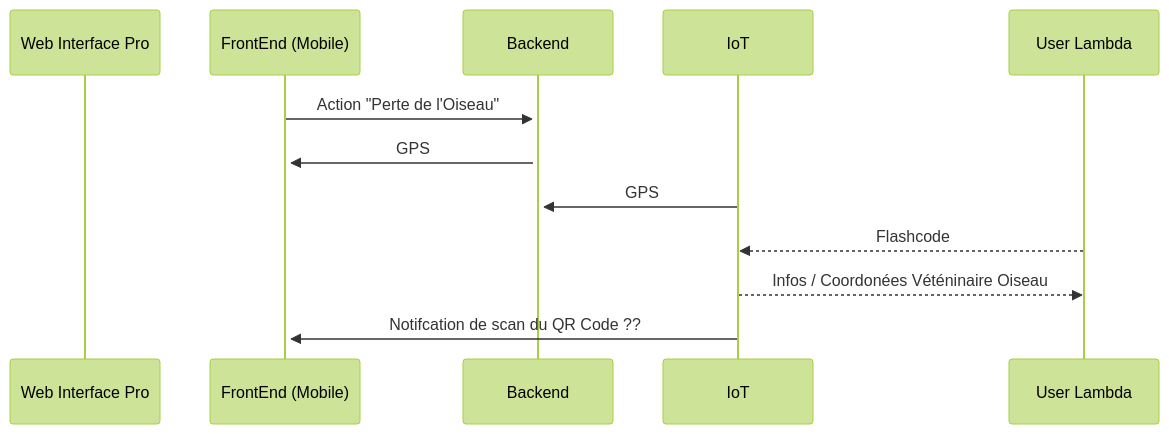
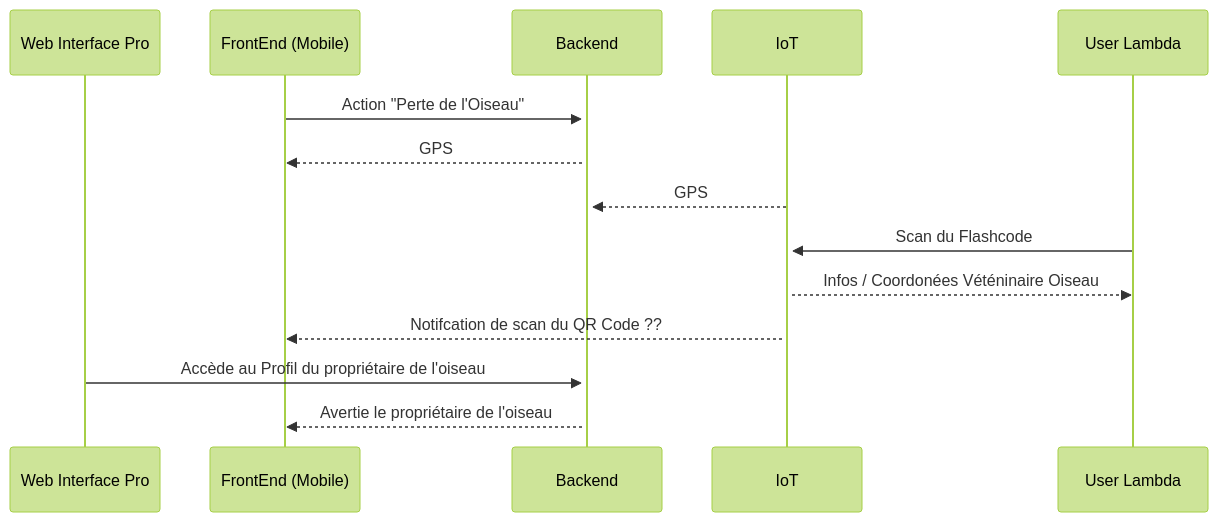
One commit to JokerPoix/Peekabo changed the fourth of 4 diagrams in README.md. Above: the diagram before and after it, drawn with Mermaid (forest theme). The commit also changed other lines of this file, not shown here.

````diff
--- a/README.md
+++ b/README.md
@@ -71,15 +88,17 @@
 ```mermaid
 sequenceDiagram
 participant  Web  Interface  Pro
 participant  FrontEnd (Mobile)
 participant  Backend
 participant  IoT
 participant  User Lambda
 
 FrontEnd (Mobile)->>+Backend: Action "Perte de l'Oiseau"
-Backend->>+FrontEnd (Mobile): GPS
-IoT->>+Backend: GPS
-User Lambda-->>IoT: Flashcode
+Backend-->>FrontEnd (Mobile): GPS
+IoT-->>Backend: GPS
+User Lambda->>+IoT: Scan du Flashcode
 IoT-->>User Lambda: Infos / Coordonées Véténinaire Oiseau
-IoT->>+FrontEnd (Mobile): Notifcation de scan du QR Code ??
+IoT-->>FrontEnd (Mobile): Notifcation de scan du QR Code ??
+Web  Interface  Pro->>+Backend: Accède au Profil du propriétaire de l'oiseau
+Backend-->>FrontEnd (Mobile): Avertie le propriétaire de l'oiseau
 ```
````
